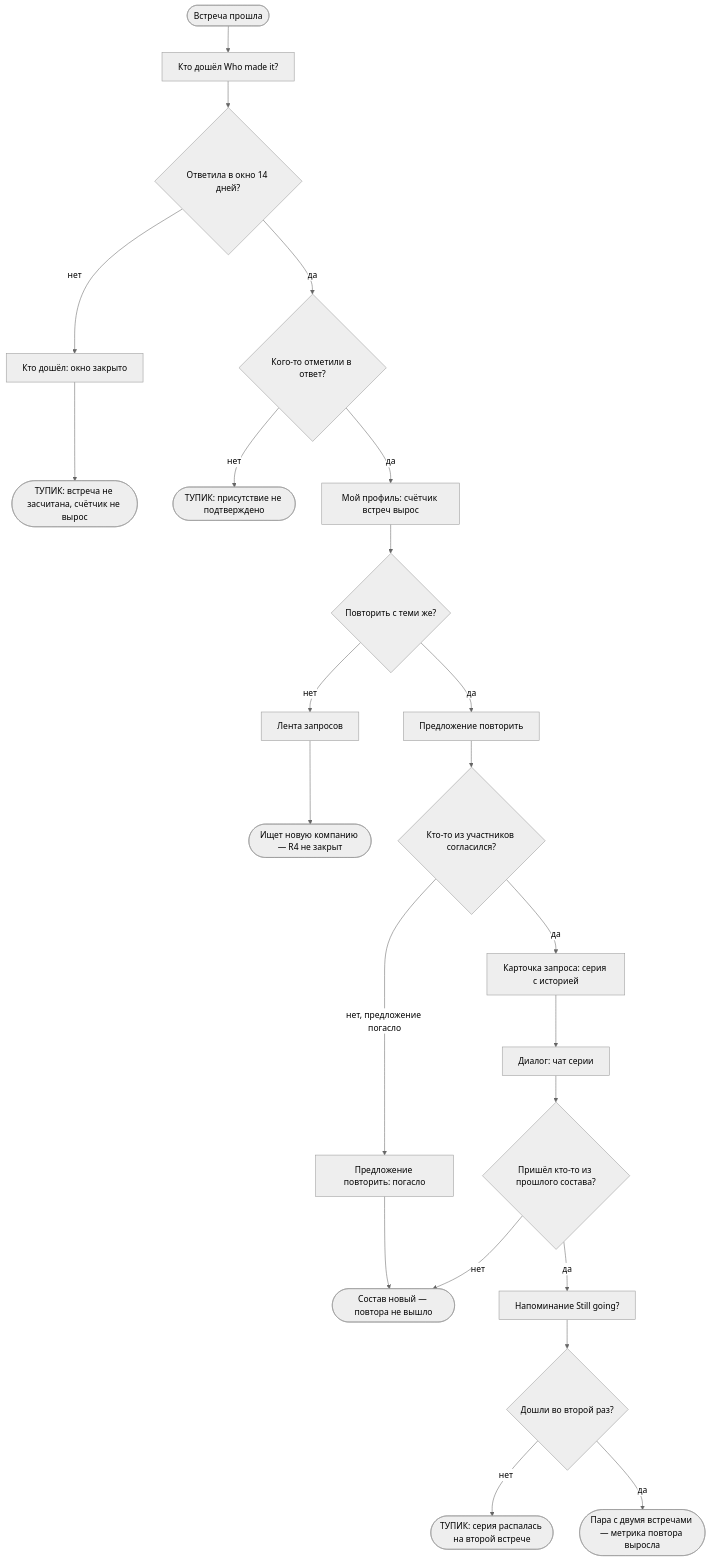
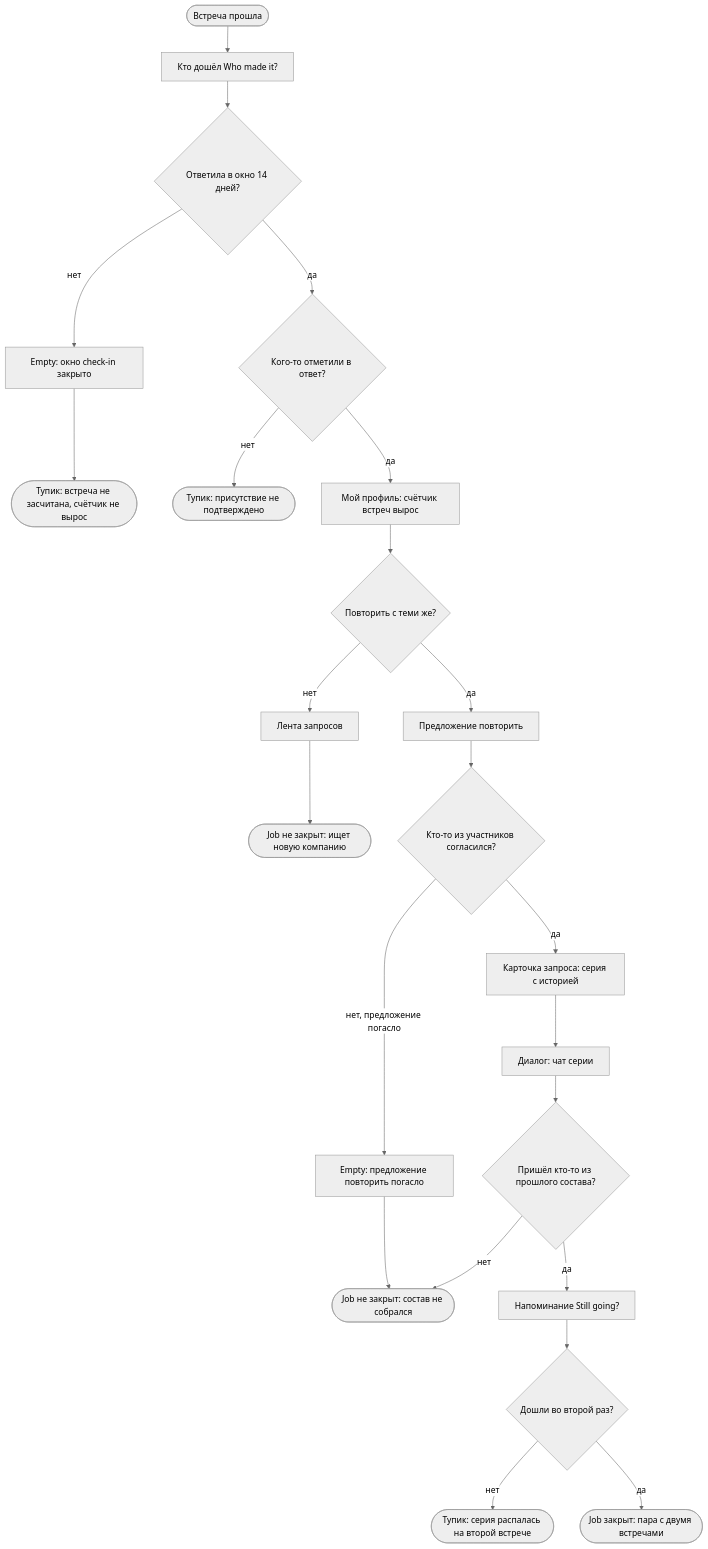
Before and after one commit to yulyaklim16-spec/meetmates: the fourth of 5 diagrams in flows.md, drawn with Mermaid (neutral theme). The commit also changed other lines of this file, not shown here.

First line of the commit message:
Put every flow into one markup convention

````diff
--- a/flows.md
+++ b/flows.md
@@ -288,28 +298,28 @@
 ```mermaid
 flowchart TD
-    A(["Встреча прошла"]) --> B["Кто дошёл Who made it?"]
-    B --> C{"Ответила в окно 14 дней?"}
-    C -->|нет| D["Кто дошёл: окно закрыто"]
-    D --> E(["ТУПИК: встреча не засчитана, счётчик не вырос"])
-    C -->|да| F{"Кого-то отметили в ответ?"}
-    F -->|нет| G(["ТУПИК: присутствие не подтверждено"])
-    F -->|да| H["Мой профиль: счётчик встреч вырос"]
+    Start([Встреча прошла]) --> WhoMade[Кто дошёл Who made it?]
+    WhoMade --> InWindow{Ответила в окно 14 дней?}
+    InWindow -->|нет| Closed["Empty: окно check-in закрыто"]
+    Closed --> StuckNotCounted(["Тупик: встреча не засчитана, счётчик не вырос"])
+    InWindow -->|да| MarkedBack{Кого-то отметили в ответ?}
+    MarkedBack -->|нет| StuckNoProof(["Тупик: присутствие не подтверждено"])
+    MarkedBack -->|да| Profile["Мой профиль: счётчик встреч вырос"]
 
-    H --> I{"Повторить с теми же?"}
-    I -->|нет| J["Лента запросов"]
-    J --> K(["Ищет новую компанию — R4 не закрыт"])
-    I -->|да| L["Предложение повторить"]
+    Profile --> WantAgain{Повторить с теми же?}
+    WantAgain -->|нет| Feed[Лента запросов]
+    Feed --> NewSearch(["Job не закрыт: ищет новую компанию"])
+    WantAgain -->|да| Offer[Предложение повторить]
 
-    L --> M{"Кто-то из участников согласился?"}
-    M -->|нет, предложение погасло| M2["Предложение повторить: погасло"]
-    M2 --> R
-    M -->|да| P["Карточка запроса: серия с историей"]
-    P --> Q["Диалог: чат серии"]
-    Q --> O{"Пришёл кто-то из прошлого состава?"}
+    Offer --> AnyoneIn{Кто-то из участников согласился?}
+    AnyoneIn -->|нет, предложение погасло| OfferDead["Empty: предложение повторить погасло"]
+    OfferDead --> SameGone(["Job не закрыт: состав не собрался"])
+    AnyoneIn -->|да| Series["Карточка запроса: серия с историей"]
+    Series --> SeriesChat["Диалог: чат серии"]
+    SeriesChat --> FromBefore{Пришёл кто-то из прошлого состава?}
 
-    O -->|нет| R(["Состав новый — повтора не вышло"])
-    O -->|да| S["Напоминание Still going?"]
-    S --> T{"Дошли во второй раз?"}
-    T -->|нет| U(["ТУПИК: серия распалась на второй встрече"])
-    T -->|да| V(["Пара с двумя встречами — метрика повтора выросла"])
+    FromBefore -->|нет| SameGone
+    FromBefore -->|да| Remind[Напоминание Still going?]
+    Remind --> SecondTime{Дошли во второй раз?}
+    SecondTime -->|нет| StuckFellApart(["Тупик: серия распалась на второй встрече"])
+    SecondTime -->|да| Win(["Job закрыт: пара с двумя встречами"])
 ```
````
